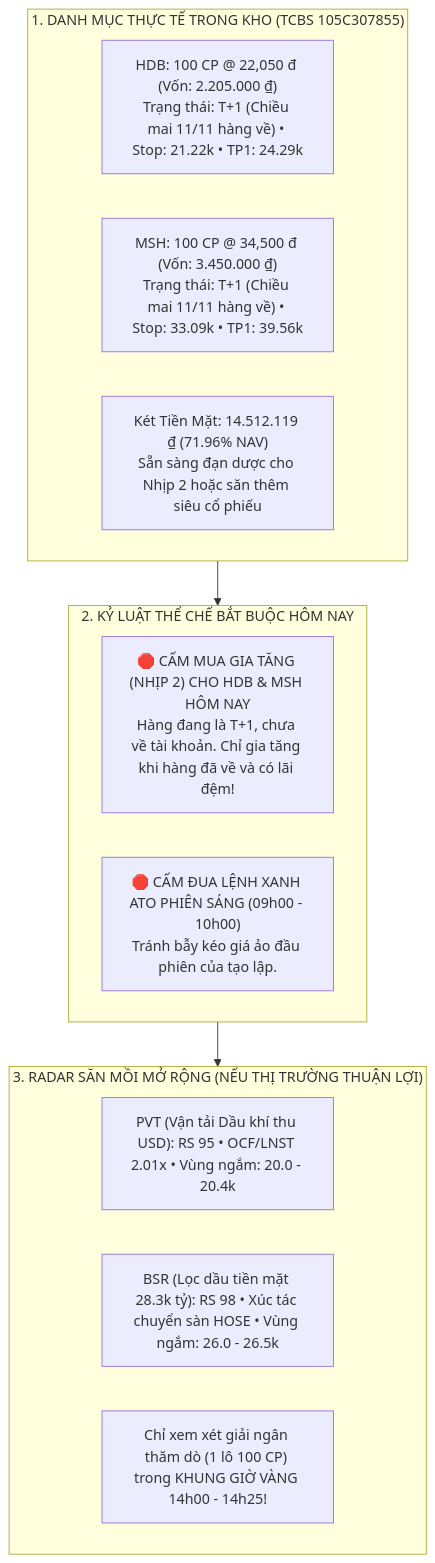
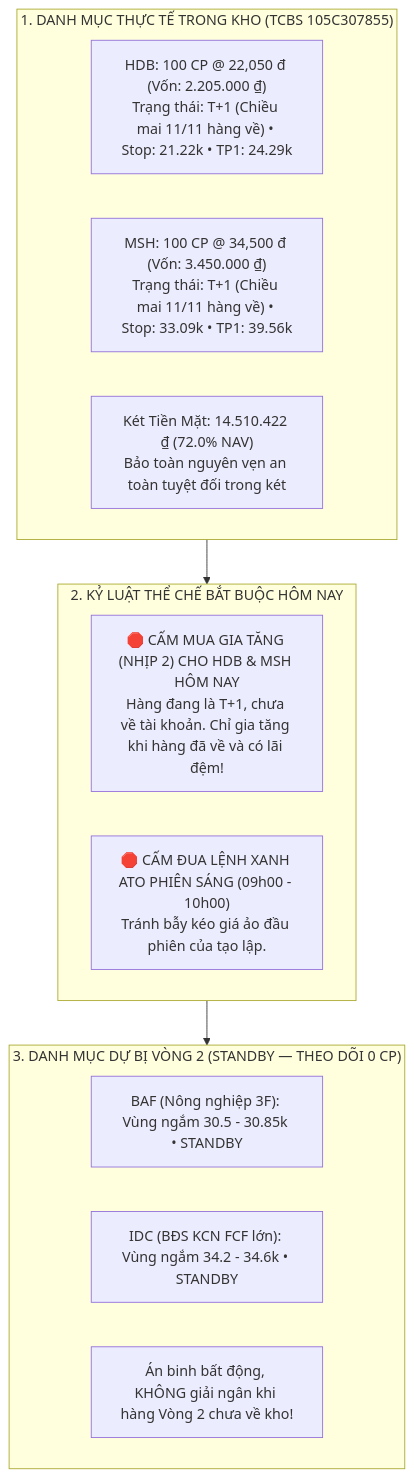
Before and after one commit to Thienphuoctran/apex-hedge-fund: the first of 2 diagrams in 08_Master_Investment_CIO/2026-11-10_Master_CIO_Final_Decision.md, drawn with Mermaid. The commit also changed other lines of this file and 17 other files, not shown here.

````diff
--- a/08_Master_Investment_CIO/2026-11-10_Master_CIO_Final_Decision.md
+++ b/08_Master_Investment_CIO/2026-11-10_Master_CIO_Final_Decision.md
@@ -17,22 +17,22 @@
 ```mermaid
 graph TD
     subgraph Portfolio["1. DANH MỤC THỰC TẾ TRONG KHO (TCBS 105C307855)"]
         HDB_Pos["HDB: 100 CP @ 22,050 đ (Vốn: 2.205.000 ₫)<br/>Trạng thái: T+1 (Chiều mai 11/11 hàng về) • Stop: 21.22k • TP1: 24.29k"]
         MSH_Pos["MSH: 100 CP @ 34,500 đ (Vốn: 3.450.000 ₫)<br/>Trạng thái: T+1 (Chiều mai 11/11 hàng về) • Stop: 33.09k • TP1: 39.56k"]
-        Cash_Pos["Két Tiền Mặt: 14.512.119 ₫ (71.96% NAV)<br/>Sẵn sàng đạn dược cho Nhịp 2 hoặc săn thêm siêu cổ phiếu"]
+        Cash_Pos["Két Tiền Mặt: 14.510.422 ₫ (72.0% NAV)<br/>Bảo toàn nguyên vẹn an toàn tuyệt đối trong két"]
     end
 
     subgraph Discipline["2. KỶ LUẬT THỂ CHẾ BẮT BUỘC HÔM NAY"]
         D1["🛑 CẤM MUA GIA TĂNG (NHỊP 2) CHO HDB & MSH HÔM NAY<br/>Hàng đang là T+1, chưa về tài khoản. Chỉ gia tăng khi hàng đã về và có lãi đệm!"]
         D2["🛑 CẤM ĐUA LỆNH XANH ATO PHIÊN SÁNG (09h00 - 10h00)<br/>Tránh bẫy kéo giá ảo đầu phiên của tạo lập."]
     end
 
-    subgraph Radar["3. RADAR SĂN MỒI MỞ RỘNG (NẾU THỊ TRƯỜNG THUẬN LỢI)"]
-        R1["PVT (Vận tải Dầu khí thu USD): RS 95 • OCF/LNST 2.01x • Vùng ngắm: 20.0 - 20.4k"]
-        R2["BSR (Lọc dầu tiền mặt 28.3k tỷ): RS 98 • Xúc tác chuyển sàn HOSE • Vùng ngắm: 26.0 - 26.5k"]
-        R_Action["Chỉ xem xét giải ngân thăm dò (1 lô 100 CP) trong KHUNG GIỜ VÀNG 14h00 - 14h25!"]
+    subgraph Standby["3. DANH MỤC DỰ BỊ VÒNG 2 (STANDBY — THEO DÕI 0 CP)"]
+        R1["BAF (Nông nghiệp 3F): Vùng ngắm 30.5 - 30.85k • STANDBY"]
+        R2["IDC (BĐS KCN FCF lớn): Vùng ngắm 34.2 - 34.6k • STANDBY"]
+        R_Action["Án binh bất động, KHÔNG giải ngân khi hàng Vòng 2 chưa về kho!"]
     end
 
     Portfolio --> Discipline
-    Discipline --> Radar
+    Discipline --> Standby
 ```
````
